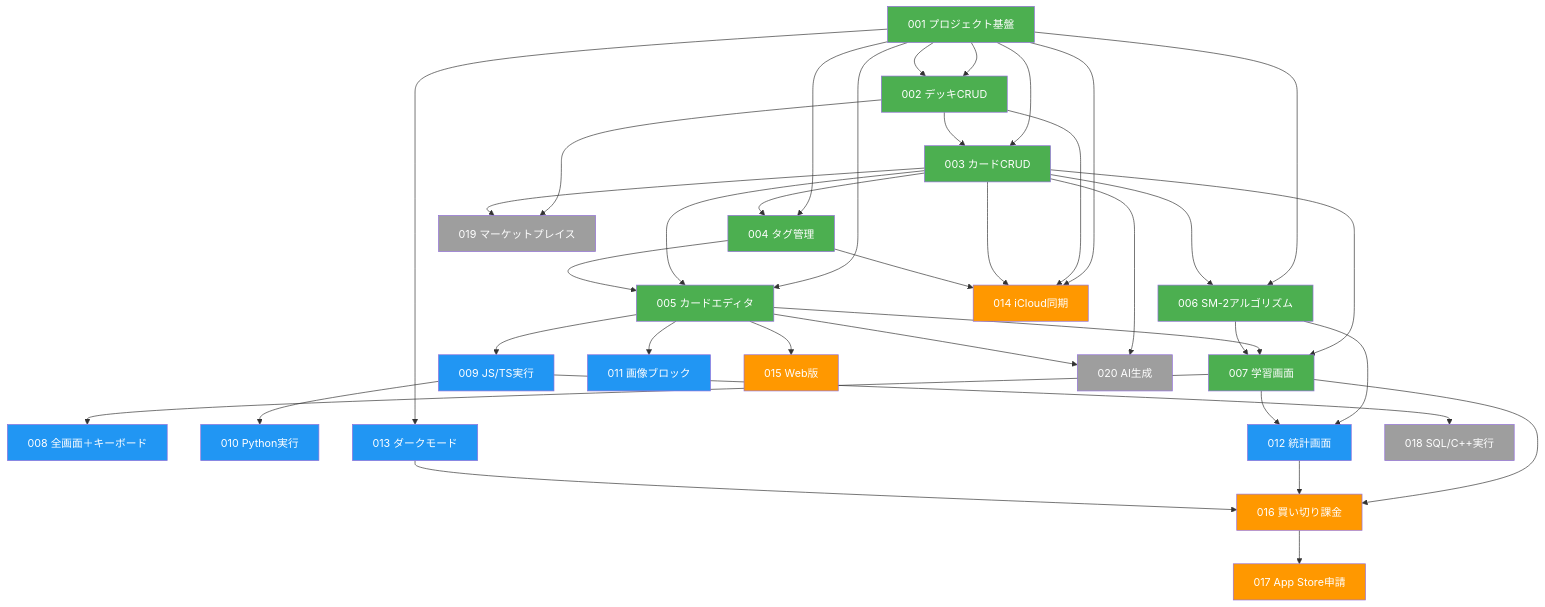
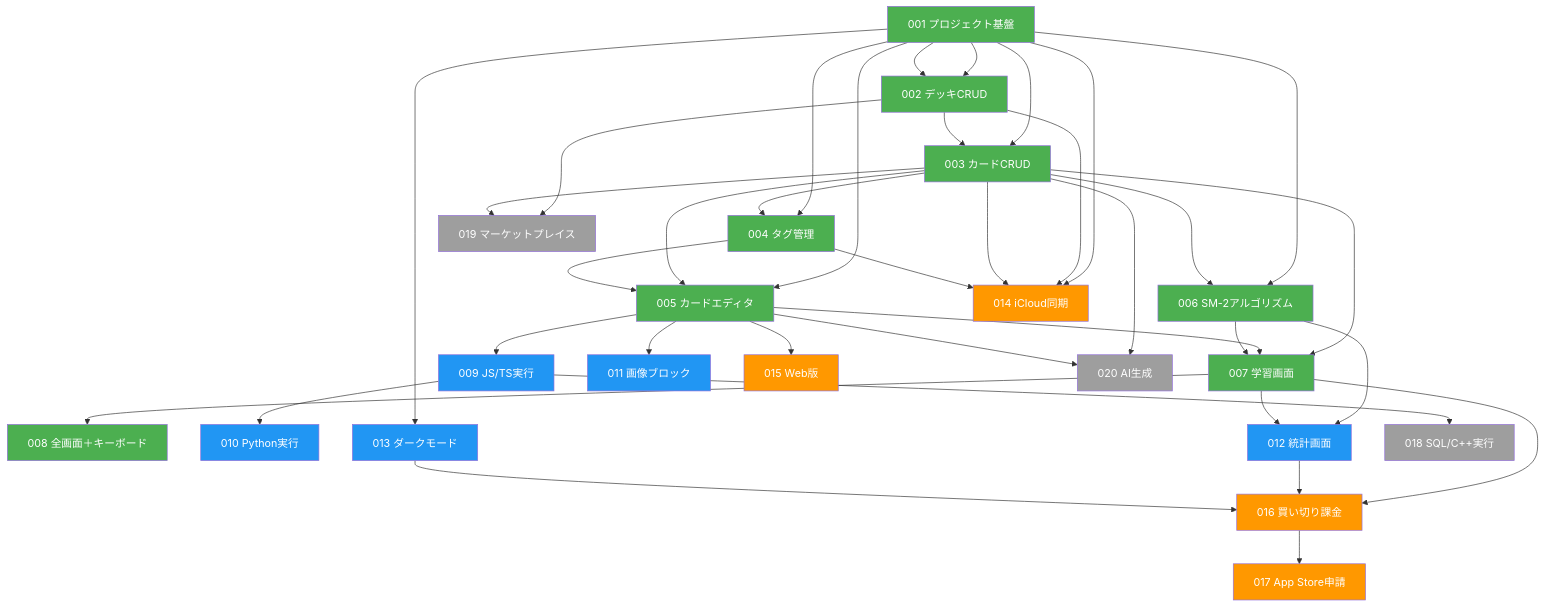
The diagram in docs/000-ticket-overview.md (JJJ-24/CodeFlash), drawn with Mermaid before and after one commit. The commit also changed other lines of this file and 7 other files, not shown here.

````diff
--- a/docs/000-ticket-overview.md
+++ b/docs/000-ticket-overview.md
@@ -47,76 +47,76 @@
 ```mermaid
 graph TD
     001[001 プロジェクト基盤]
 
     001 --> 002[002 デッキCRUD]
     001 --> 002
     001 --> 003[003 カードCRUD]
     002 --> 003
     001 --> 004[004 タグ管理]
     003 --> 004
 
     001 --> 005[005 カードエディタ]
     003 --> 005
     004 --> 005
 
     001 --> 006[006 SM-2アルゴリズム]
     003 --> 006
 
     003 --> 007[007 学習画面]
     005 --> 007
     006 --> 007
 
     007 --> 008[008 全画面＋キーボード]
 
     005 --> 009[009 JS/TS実行]
     009 --> 010[010 Python実行]
 
     005 --> 011[011 画像ブロック]
 
     006 --> 012[012 統計画面]
     007 --> 012
 
     001 --> 013[013 ダークモード]
 
     001 --> 014[014 iCloud同期]
     002 --> 014
     003 --> 014
     004 --> 014
 
     005 --> 015[015 Web版]
 
     007 --> 016[016 買い切り課金]
     012 --> 016
     013 --> 016
 
     016 --> 017[017 App Store申請]
 
     009 --> 018[018 SQL/C++実行]
 
     002 --> 019[019 マーケットプレイス]
     003 --> 019
 
     003 --> 020[020 AI生成]
     005 --> 020
 
     style 001 fill:#4CAF50,color:#fff
     style 002 fill:#4CAF50,color:#fff
     style 003 fill:#4CAF50,color:#fff
     style 004 fill:#4CAF50,color:#fff
     style 005 fill:#4CAF50,color:#fff
     style 006 fill:#4CAF50,color:#fff
     style 007 fill:#4CAF50,color:#fff
-    style 008 fill:#2196F3,color:#fff
+    style 008 fill:#4CAF50,color:#fff
     style 009 fill:#2196F3,color:#fff
     style 010 fill:#2196F3,color:#fff
     style 011 fill:#2196F3,color:#fff
     style 012 fill:#2196F3,color:#fff
     style 013 fill:#2196F3,color:#fff
     style 014 fill:#FF9800,color:#fff
     style 015 fill:#FF9800,color:#fff
     style 016 fill:#FF9800,color:#fff
     style 017 fill:#FF9800,color:#fff
     style 018 fill:#9E9E9E,color:#fff
     style 019 fill:#9E9E9E,color:#fff
     style 020 fill:#9E9E9E,color:#fff
 ```
````
